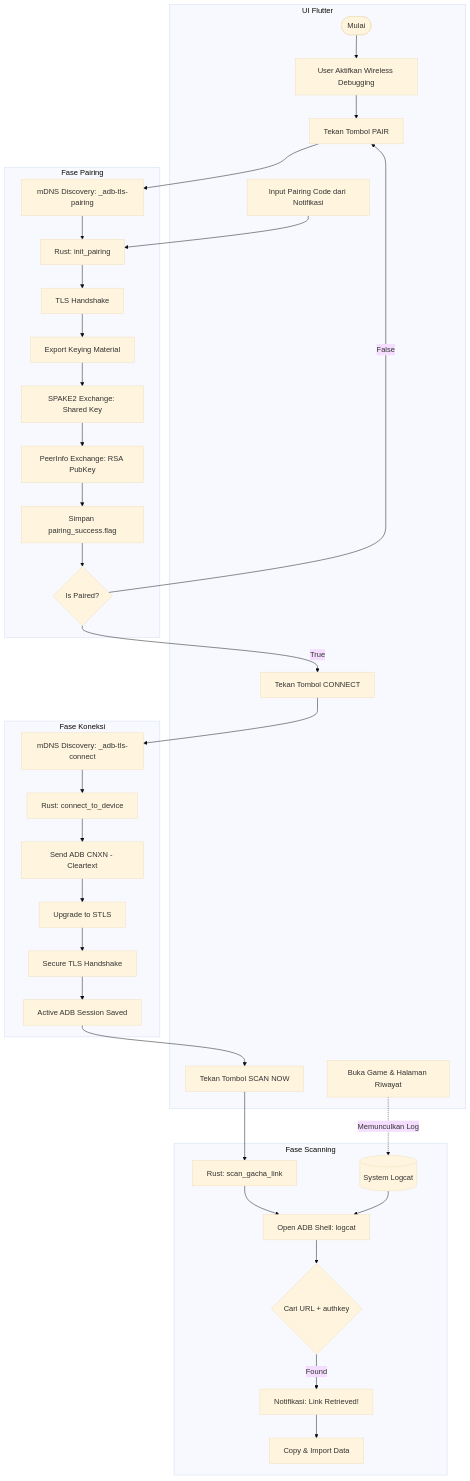
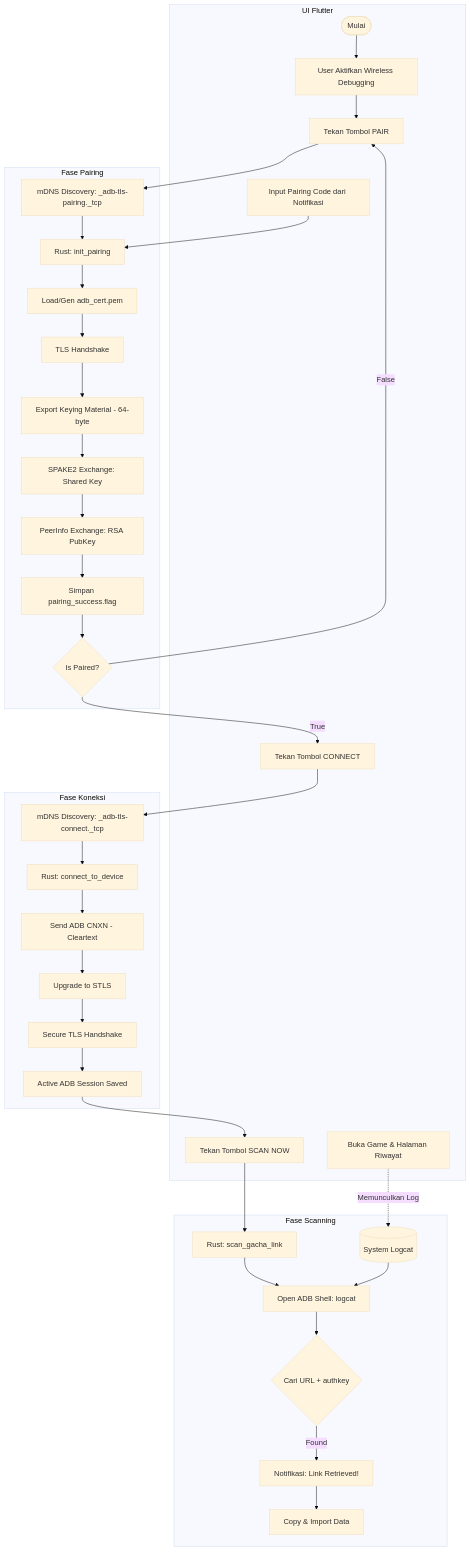
One commit to eLgorythm/Stellar changed the diagram in Flowchart.md. Above: the diagram before and after it, drawn with Mermaid (base theme). The commit also changed other lines of this file and 1 other file, not shown here.

````diff
--- a/Flowchart.md
+++ b/Flowchart.md
@@ -5,46 +5,47 @@
 ```mermaid
 graph TD
     subgraph UI_Flutter [UI Flutter]
         Start([Mulai]) --> WD[User Aktifkan Wireless Debugging]
         WD --> PairBtn[Tekan Tombol PAIR]
         InputCode[Input Pairing Code dari Notifikasi]
         ConnBtn[Tekan Tombol CONNECT]
         ScanBtn[Tekan Tombol SCAN NOW]
         OpenGame[Buka Game & Halaman Riwayat]
     end
 
     subgraph Logic_Pairing [Fase Pairing]
-        PairBtn --> MDNS_P[mDNS Discovery: _adb-tls-pairing]
+        PairBtn --> MDNS_P[mDNS Discovery: _adb-tls-pairing._tcp]
         MDNS_P --> Rust_Pair[Rust: init_pairing]
         InputCode --> Rust_Pair
-        Rust_Pair --> TLS_P[TLS Handshake]
-        TLS_P --> EKM[Export Keying Material]
+        Rust_Pair --> Cert[Load/Gen adb_cert.pem]
+        Cert --> TLS_P[TLS Handshake]
+        TLS_P --> EKM[Export Keying Material - 64-byte]
         EKM --> SPAKE2[SPAKE2 Exchange: Shared Key]
         SPAKE2 --> PeerInfo[PeerInfo Exchange: RSA PubKey]
         PeerInfo --> Flag[Simpan pairing_success.flag]
         Flag --> Paired{Is Paired?}
     end
 
     subgraph Logic_Connection [Fase Koneksi]
         Paired -- True --> ConnBtn
-        ConnBtn --> MDNS_C[mDNS Discovery: _adb-tls-connect]
+        ConnBtn --> MDNS_C[mDNS Discovery: _adb-tls-connect._tcp]
         MDNS_C --> Rust_Conn[Rust: connect_to_device]
         Rust_Conn --> CNXN_C[Send ADB CNXN - Cleartext]
         CNXN_C --> STLS[Upgrade to STLS]
         STLS --> TLS_C[Secure TLS Handshake]
         TLS_C --> ADB_S[Active ADB Session Saved]
     end
 
     subgraph Logic_Scanning [Fase Scanning]
         ADB_S --> ScanBtn
         ScanBtn --> Rust_Scan[Rust: scan_gacha_link]
         Rust_Scan --> Shell[Open ADB Shell: logcat]
         OpenGame -. Memunculkan Log .-> Log[(System Logcat)]
         Log --> Shell
         Shell --> Filter{Cari URL + authkey}
         Filter -- Found --> Notify[Notifikasi: Link Retrieved!]
         Notify --> Copy[Copy & Import Data]
     end
 
     Paired -- False --> PairBtn
 ```
````
